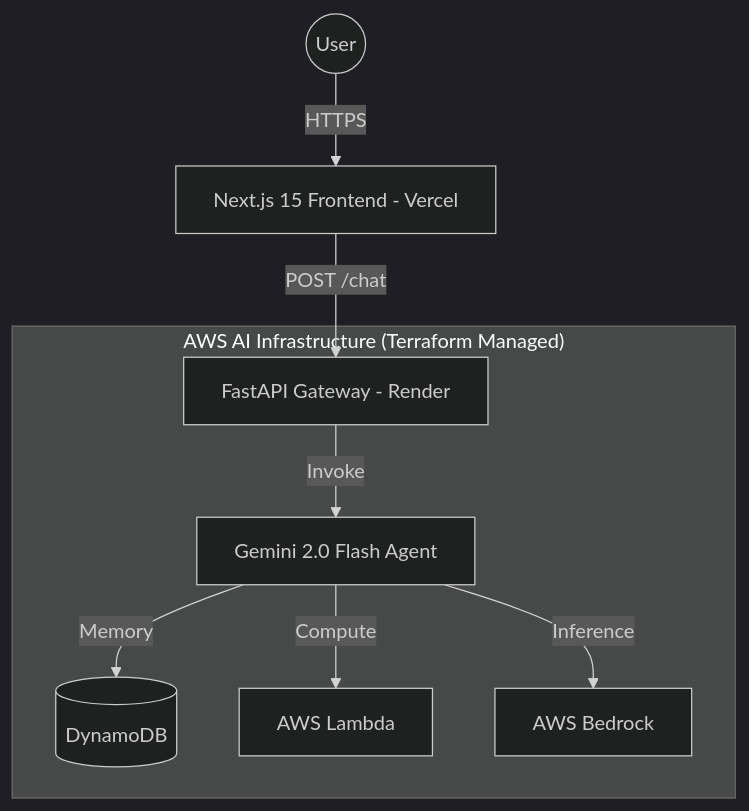
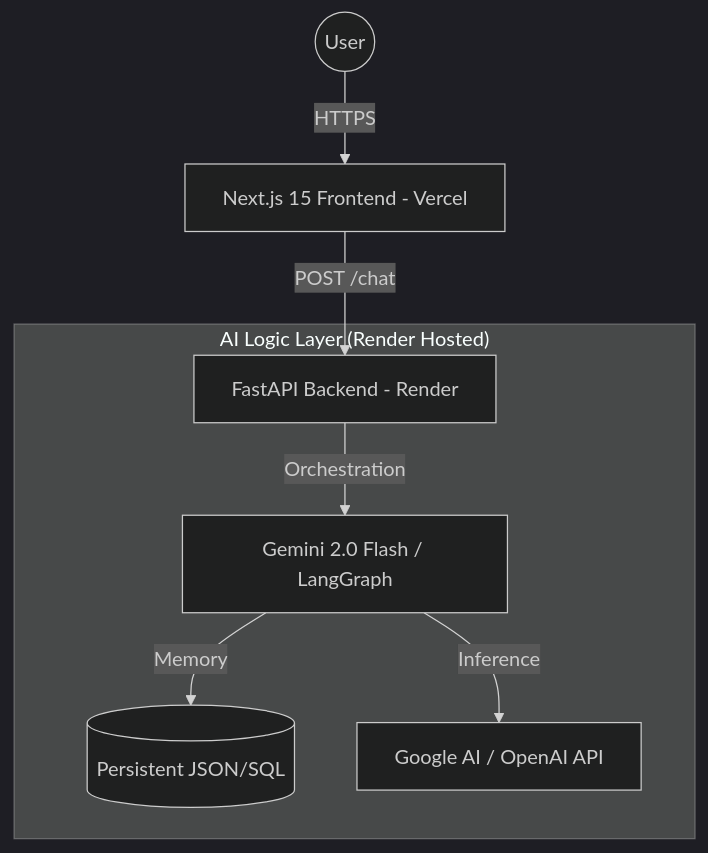
Before and after one commit to Samrude1/Portfolio: the diagram in README.md, drawn with Mermaid (dark theme). The commit also changed other lines of this file and 1 other file, not shown here.

Commit message:
another readme update

````diff
--- a/README.md
+++ b/README.md
@@ -37,12 +39,11 @@
 ```mermaid
 graph TD
     User((User)) -->|HTTPS| Frontend[Next.js 15 Frontend - Vercel]
-    Frontend -->|POST /chat| BackendAPI[FastAPI Gateway - Render]
+    Frontend -->|POST /chat| BackendAPI[FastAPI Backend - Render]
     
-    subgraph "AWS AI Infrastructure (Terraform Managed)"
-        BackendAPI -->|Invoke| Agent[Gemini 2.0 Flash Agent]
-        Agent -->|Memory| Memory[(DynamoDB)]
-        Agent -->|Compute| Lambda[AWS Lambda]
-        Agent -->|Inference| Bedrock[AWS Bedrock]
+    subgraph "AI Logic Layer (Render Hosted)"
+        BackendAPI -->|Orchestration| Agent[Gemini 2.0 Flash / LangGraph]
+        Agent -->|Memory| Memory[(Persistent JSON/SQL)]
+        Agent -->|Inference| AI[Google AI / OpenAI API]
     end
 ```
````
